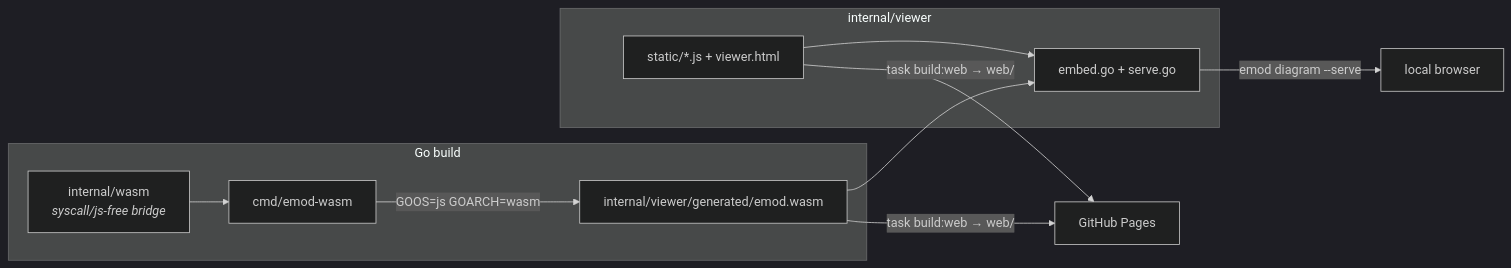
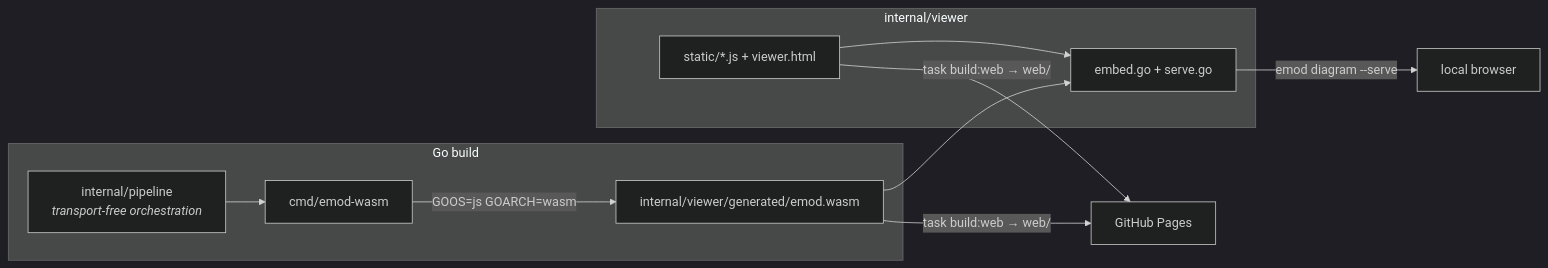
Before and after one commit to hpcsc/emod: the fourth of 5 diagrams in docs/architecture.md, drawn with Mermaid (dark theme). The commit also changed other lines of this file and 5 other files, not shown here.

First line of the commit message:
Rename internal/wasm to internal/pipeline

````diff
--- a/docs/architecture.md
+++ b/docs/architecture.md
@@ -218,18 +218,18 @@
 ```mermaid
 flowchart LR
     subgraph "Go build"
         CW["cmd/emod-wasm"] -- "GOOS=js GOARCH=wasm" --> WASM["internal/viewer/generated/emod.wasm"]
-        WB["internal/wasm<br/><i>syscall/js-free bridge</i>"] --> CW
+        WB["internal/pipeline<br/><i>transport-free orchestration</i>"] --> CW
     end
 
     subgraph "internal/viewer"
         STATIC["static/*.js + viewer.html"]
         EMBED["embed.go + serve.go"]
     end
     WASM --> EMBED
     STATIC --> EMBED
 
     EMBED -- "emod diagram --serve" --> LOCAL["local browser"]
     STATIC -- "task build:web → web/" --> PAGES["GitHub Pages"]
     WASM -- "task build:web → web/" --> PAGES
 ```
````
